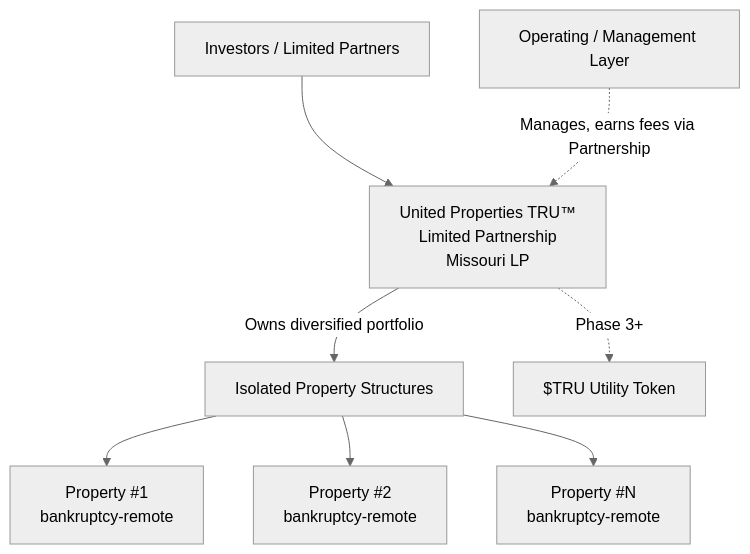
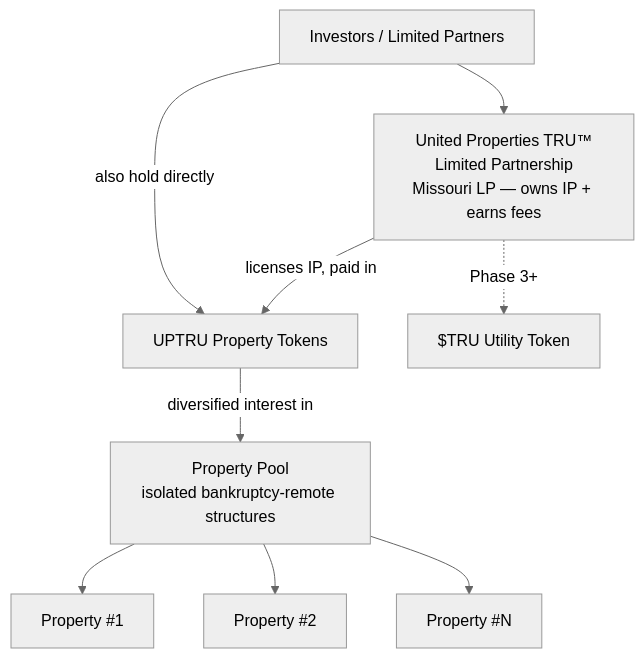
Before and after one commit to Gur-noor/Property-United: the diagram in docs/corporate-structure.md, drawn with Mermaid (neutral theme). The commit also changed other lines of this file and 6 other files, not shown here.

First line of the commit message:
Whitepaper: reframe to client's model — Partnership owns IP & holds tokens (not property directly)

````diff
--- a/docs/corporate-structure.md
+++ b/docs/corporate-structure.md
@@ -14,10 +14,11 @@
 ```mermaid
 graph TD
-    A[Investors / Limited Partners] --> B[United Properties TRU™<br/>Limited Partnership<br/>Missouri LP]
-    B -->|Owns diversified portfolio| C[Isolated Property Structures]
-    C --> D[Property #1<br/>bankruptcy-remote]
-    C --> E[Property #2<br/>bankruptcy-remote]
-    C --> F[Property #N<br/>bankruptcy-remote]
-    G[Operating / Management Layer] -.->|Manages, earns fees via Partnership| B
+    A[Investors / Limited Partners] --> B[United Properties TRU™<br/>Limited Partnership<br/>Missouri LP — owns IP + earns fees]
+    B -->|licenses IP, paid in| T[UPTRU Property Tokens]
+    A -->|also hold directly| T
+    T -->|diversified interest in| C[Property Pool<br/>isolated bankruptcy-remote structures]
+    C --> D[Property #1]
+    C --> E[Property #2]
+    C --> F[Property #N]
     B -.->|Phase 3+| H[$TRU Utility Token]
 ```
````
